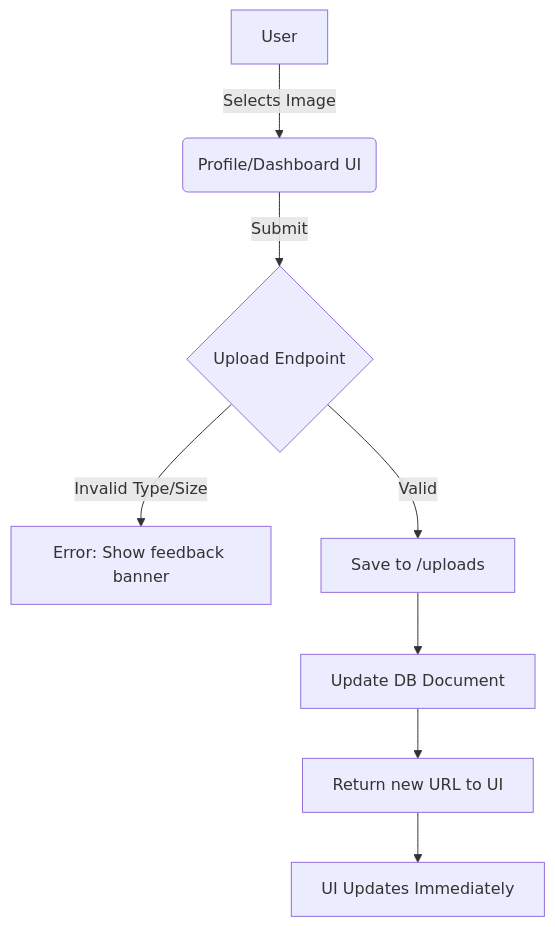
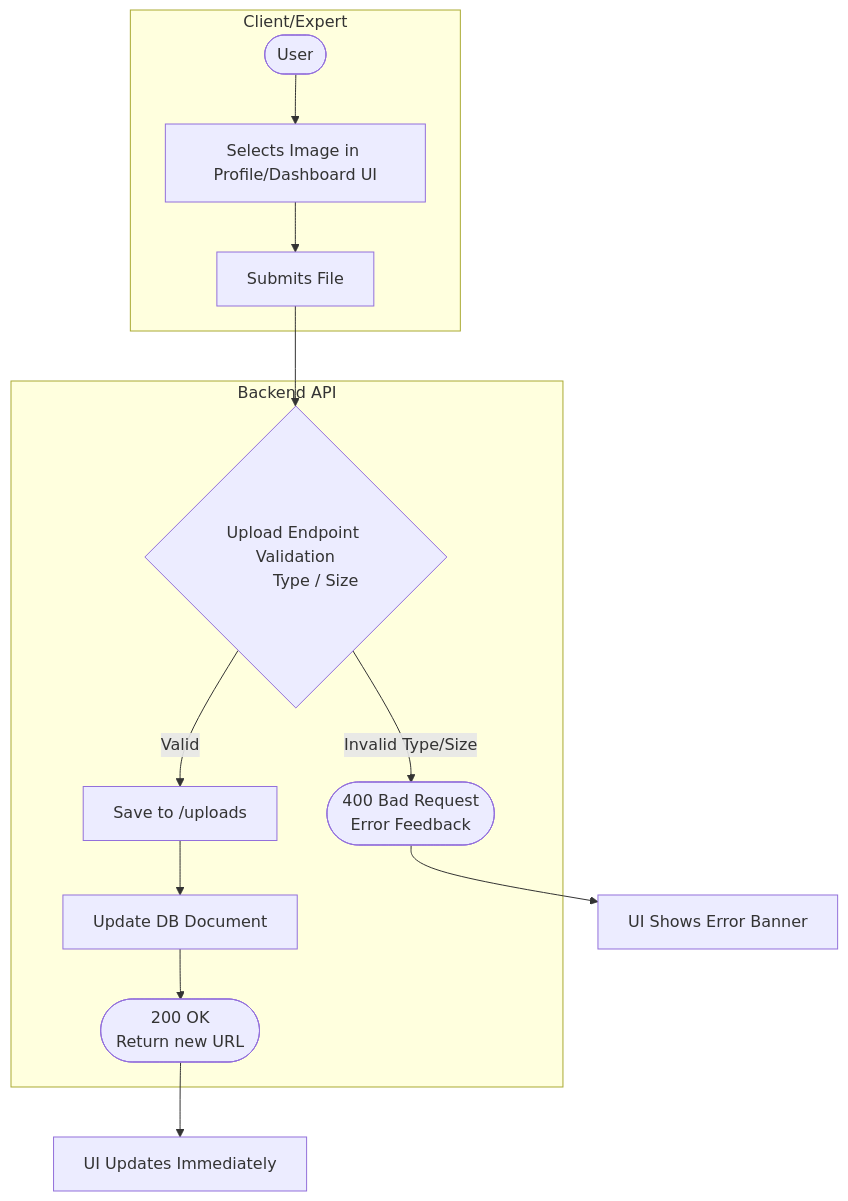
One commit to pradip9096/SkillSync changed diagram 11 of 12 in MASTER_SPEC.md. Above: the diagram before and after it, drawn with Mermaid. The commit also changed other lines of this file and 11 other files, not shown here.

Commit message:
fix(expert-dashboard): resolve timezone mismatches, slot unblock rendering bug, and slot_released socket payload format

````diff
--- a/MASTER_SPEC.md
+++ b/MASTER_SPEC.md
@@ -1682,10 +1683,21 @@
 ```mermaid
-graph TD
-    A[User] -->|Selects Image| B(Profile/Dashboard UI)
-    B -->|Submit| C{Upload Endpoint}
-    C -->|Invalid Type/Size| D[Error: Show feedback banner]
-    C -->|Valid| E[Save to /uploads]
-    E --> F[Update DB Document]
-    F --> G[Return new URL to UI]
-    G --> H[UI Updates Immediately]
+flowchart TD
+    subgraph Client/Expert
+        A([User]) --> B[Selects Image in Profile/Dashboard UI]
+        B --> C[Submits File]
+    end
+    
+    subgraph Backend API
+        C --> D{Upload Endpoint Validation
+        Type / Size}
+        D -->|Invalid Type/Size| E([400 Bad Request
+        Error Feedback])
+        D -->|Valid| F[Save to /uploads]
+        F --> G[Update DB Document]
+        G --> H([200 OK
+        Return new URL])
+    end
+    
+    E --> I[UI Shows Error Banner]
+    H --> J[UI Updates Immediately]
 ```
````
